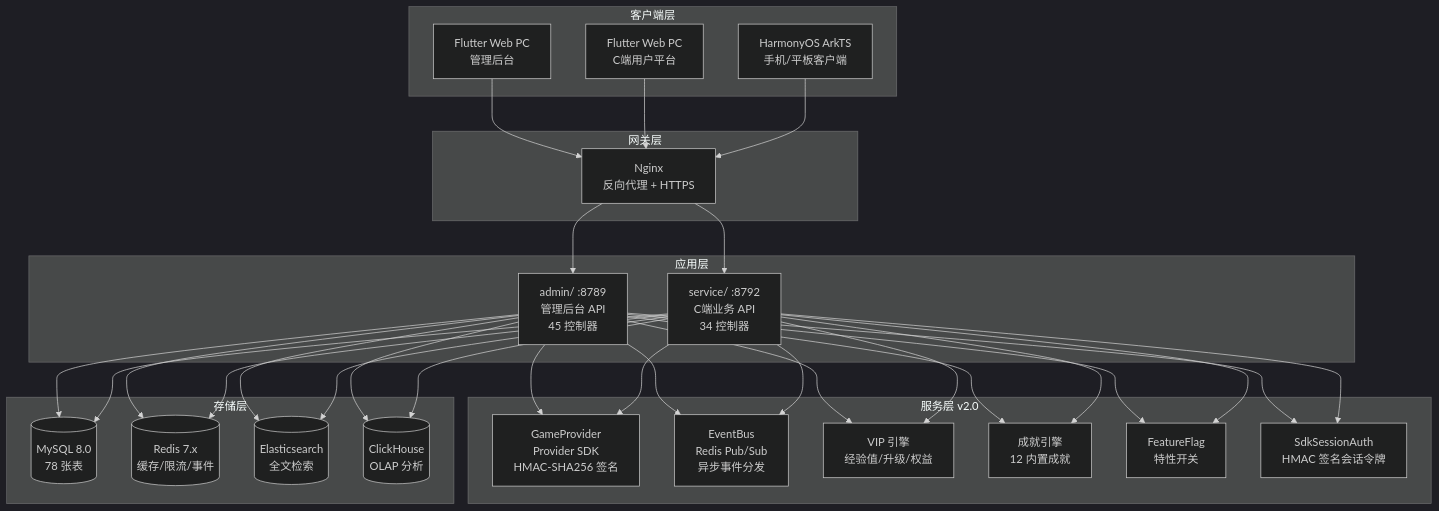
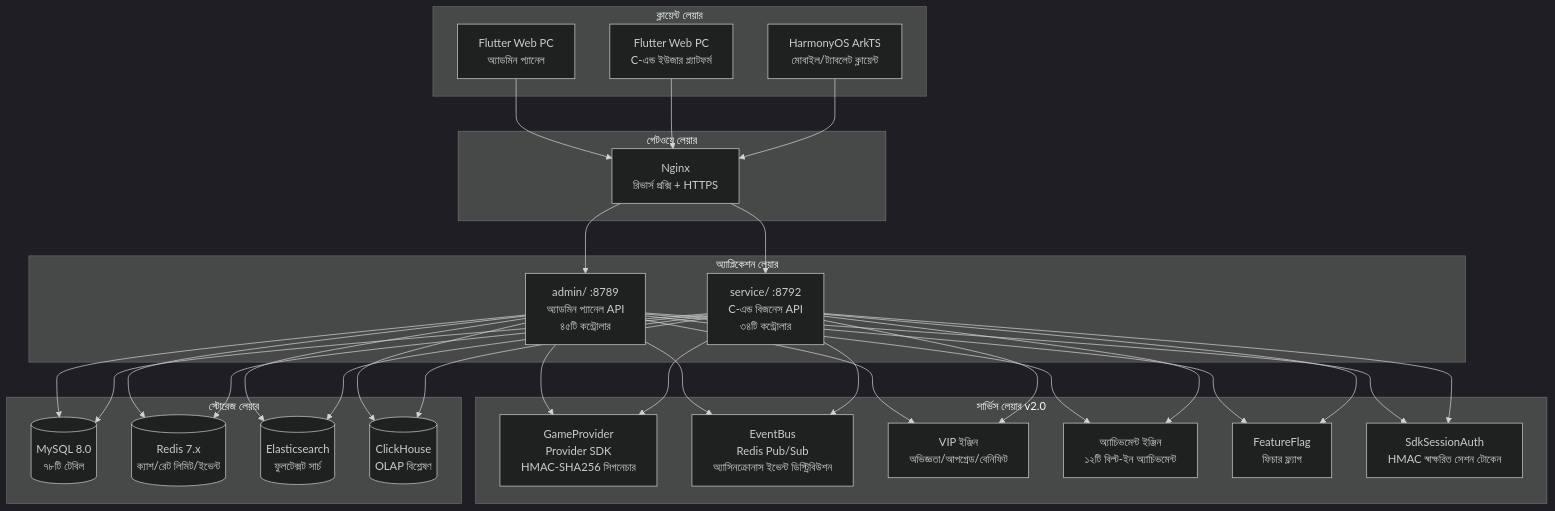
One commit to erikwang2013/game-platform-php changed the diagram in admin/docs/diagrams/01-system-architecture.bn.md. Above: the diagram before and after it, drawn with Mermaid (dark theme). The commit also changed 211 other files, not shown here.

First line of the commit message:
fix: 支付配置读回类型根治、提现事件对账巡检，12 语族 mermaid 与 API 标签本地化

````diff
--- a/admin/docs/diagrams/01-system-architecture.bn.md
+++ b/admin/docs/diagrams/01-system-architecture.bn.md
@@ -7,38 +7,38 @@
 ```mermaid
 flowchart TB
-    subgraph "客户端层"
-        A1["Flutter Web PC<br/>管理后台"]
-        A2["Flutter Web PC<br/>C端用户平台"]
-        A3["HarmonyOS ArkTS<br/>手机/平板客户端"]
+    subgraph "ক্লায়েন্ট লেয়ার"
+        A1["Flutter Web PC<br/>অ্যাডমিন প্যানেল"]
+        A2["Flutter Web PC<br/>C-এন্ড ইউজার প্ল্যাটফর্ম"]
+        A3["HarmonyOS ArkTS<br/>মোবাইল/ট্যাবলেট ক্লায়েন্ট"]
     end
 
-    subgraph "网关层"
-        B1["Nginx<br/>反向代理 + HTTPS"]
+    subgraph "গেটওয়ে লেয়ার"
+        B1["Nginx<br/>রিভার্স প্রক্সি + HTTPS"]
     end
 
-    subgraph "应用层"
-        C1["admin/ :8789<br/>管理后台 API<br/>45 控制器"]
-        C2["service/ :8792<br/>C端业务 API<br/>34 控制器"]
+    subgraph "অ্যাপ্লিকেশন লেয়ার"
+        C1["admin/ :8789<br/>অ্যাডমিন প্যানেল API<br/>৪৫টি কন্ট্রোলার"]
+        C2["service/ :8792<br/>C-এন্ড বিজনেস API<br/>৩৪টি কন্ট্রোলার"]
     end
 
-    subgraph "服务层 v2.0"
-        D1["GameProvider<br/>Provider SDK<br/>HMAC-SHA256 签名"]
-        D2["EventBus<br/>Redis Pub/Sub<br/>异步事件分发"]
-        D3["VIP 引擎<br/>经验值/升级/权益"]
-        D4["成就引擎<br/>12 内置成就"]
-        D5["FeatureFlag<br/>特性开关"]
-        D6["SdkSessionAuth<br/>HMAC 签名会话令牌"]
+    subgraph "সার্ভিস লেয়ার v2.0"
+        D1["GameProvider<br/>Provider SDK<br/>HMAC-SHA256 সিগনেচার"]
+        D2["EventBus<br/>Redis Pub/Sub<br/>অ্যাসিনক্রোনাস ইভেন্ট ডিস্ট্রিবিউশন"]
+        D3["VIP ইঞ্জিন<br/>অভিজ্ঞতা/আপগ্রেড/বেনিফিট"]
+        D4["অ্যাচিভমেন্ট ইঞ্জিন<br/>১২টি বিল্ট-ইন অ্যাচিভমেন্ট"]
+        D5["FeatureFlag<br/>ফিচার ফ্ল্যাগ"]
+        D6["SdkSessionAuth<br/>HMAC স্বাক্ষরিত সেশন টোকেন"]
     end
 
-    subgraph "存储层"
-        E1[("MySQL 8.0<br/>78 张表")]
-        E2[("Redis 7.x<br/>缓存/限流/事件")]
-        E3[("Elasticsearch<br/>全文检索")]
-        E4[("ClickHouse<br/>OLAP 分析")]
+    subgraph "স্টোরেজ লেয়ার"
+        E1[("MySQL 8.0<br/>৭৮টি টেবিল")]
+        E2[("Redis 7.x<br/>ক্যাশ/রেট লিমিট/ইভেন্ট")]
+        E3[("Elasticsearch<br/>ফুলটেক্সট সার্চ")]
+        E4[("ClickHouse<br/>OLAP বিশ্লেষণ")]
     end
 
     A1 & A2 & A3 --> B1
     B1 --> C1 & C2
     C1 & C2 --> D1 & D2 & D3 & D4 & D5 & D6
     C1 & C2 --> E1 & E2 & E3 & E4
 ```
````
